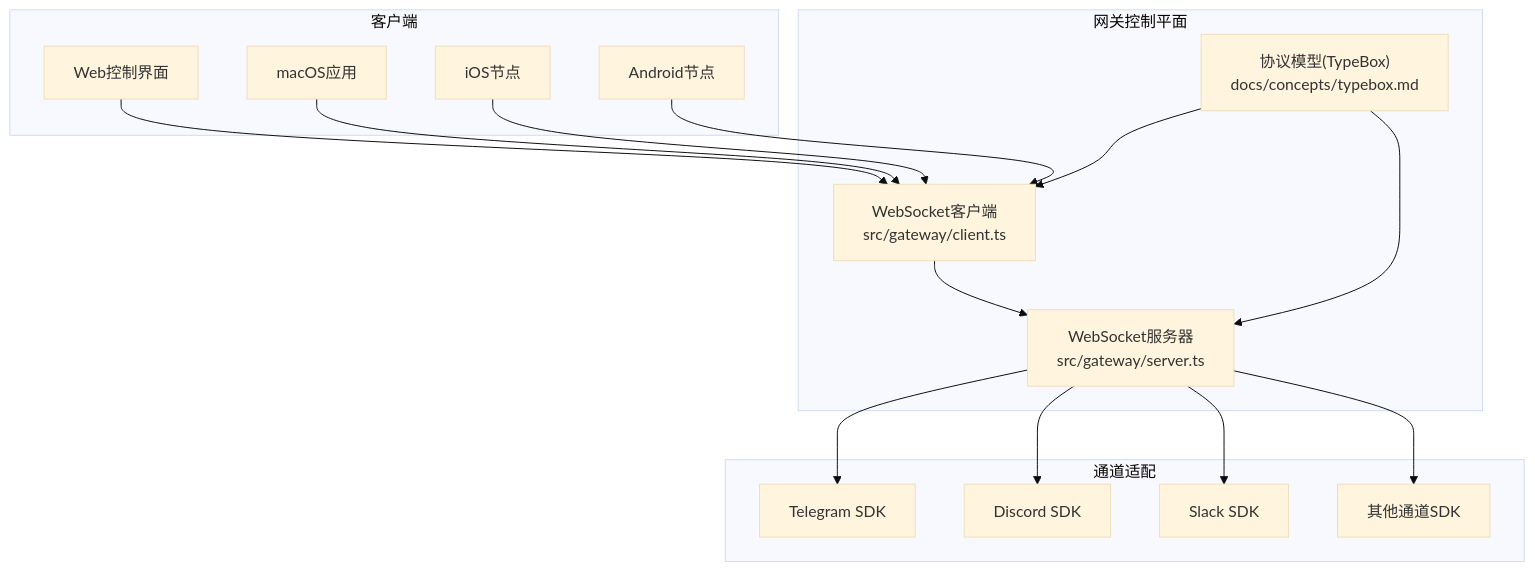
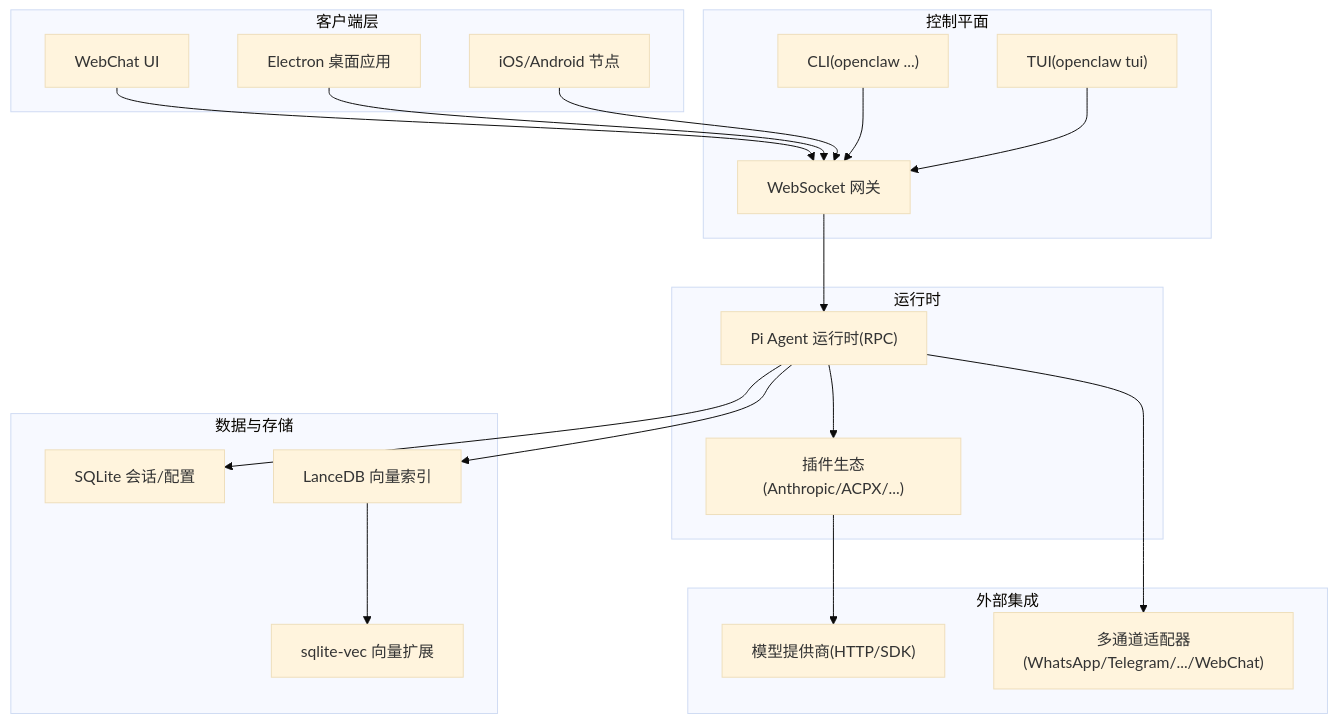
The second of 7 diagrams in repowiki/zh/content/项目概述/技术栈.md (botx-work/OpenClaw-Internals), drawn with Mermaid (base theme) before and after one commit. The commit also changed other lines of this file and 542 other files, not shown here.

````diff
--- a/repowiki/zh/content/项目概述/技术栈.md
+++ b/repowiki/zh/content/项目概述/技术栈.md
@@ -119,31 +131,38 @@
 ```mermaid
 graph TB
-subgraph "客户端"
-webui["Web控制界面"]
-macosapp["macOS应用"]
-iosnode["iOS节点"]
-androidnode["Android节点"]
+subgraph "客户端层"
+webchat["WebChat UI"]
+electron["Electron 桌面应用"]
+mobile["iOS/Android 节点"]
 end
-subgraph "网关控制平面"
-wsclient["WebSocket客户端<br/>src/gateway/client.ts"]
-wsserver["WebSocket服务器<br/>src/gateway/server.ts"]
-protocol["协议模型(TypeBox)<br/>docs/concepts/typebox.md"]
+subgraph "控制平面"
+ws["WebSocket 网关"]
+cli["CLI(openclaw ...)"]
+tui["TUI(openclaw tui)"]
 end
-subgraph "通道适配"
-telegram["Telegram SDK"]
-discord["Discord SDK"]
-slack["Slack SDK"]
-others["其他通道SDK"]
+subgraph "运行时"
+pi_agent["Pi Agent 运行时(RPC)"]
+plugins["插件生态(Anthropic/ACPX/...)"]
 end
-webui --> wsclient
-macosapp --> wsclient
-iosnode --> wsclient
-androidnode --> wsclient
-wsclient --> wsserver
-protocol --> wsclient
-protocol --> wsserver
-wsserver --> telegram
-wsserver --> discord
-wsserver --> slack
-wsserver --> others
+subgraph "数据与存储"
+sqlite["SQLite 会话/配置"]
+lancedb["LanceDB 向量索引"]
+vec["sqlite-vec 向量扩展"]
+end
+subgraph "外部集成"
+providers["模型提供商(HTTP/SDK)"]
+channels["多通道适配器(WhatsApp/Telegram/.../WebChat)"]
+end
+webchat --> ws
+electron --> ws
+mobile --> ws
+cli --> ws
+tui --> ws
+ws --> pi_agent
+pi_agent --> plugins
+plugins --> providers
+pi_agent --> channels
+pi_agent --> sqlite
+pi_agent --> lancedb
+lancedb --> vec
 ```
````
